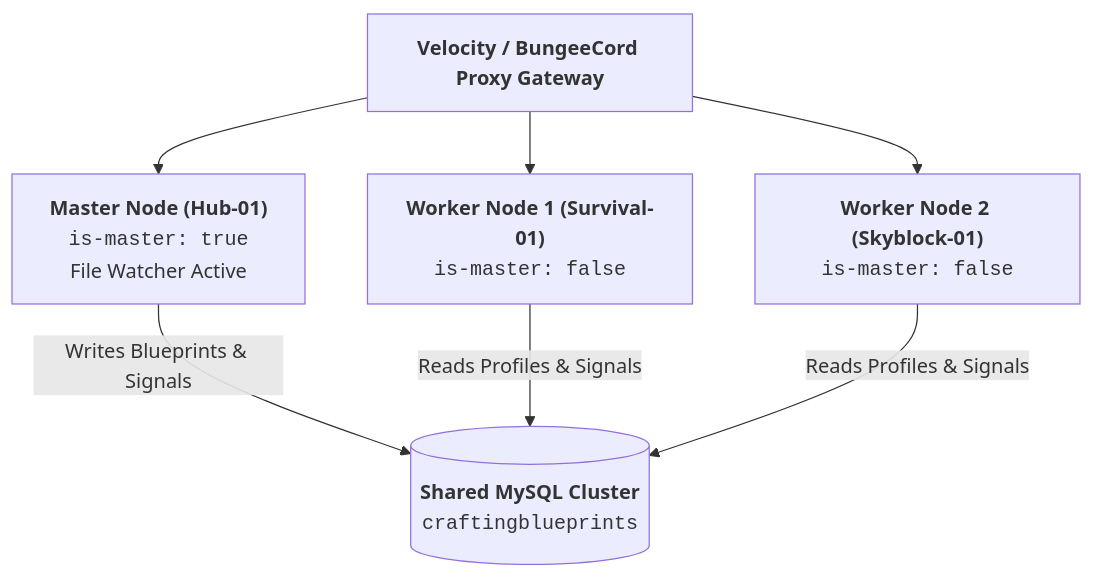
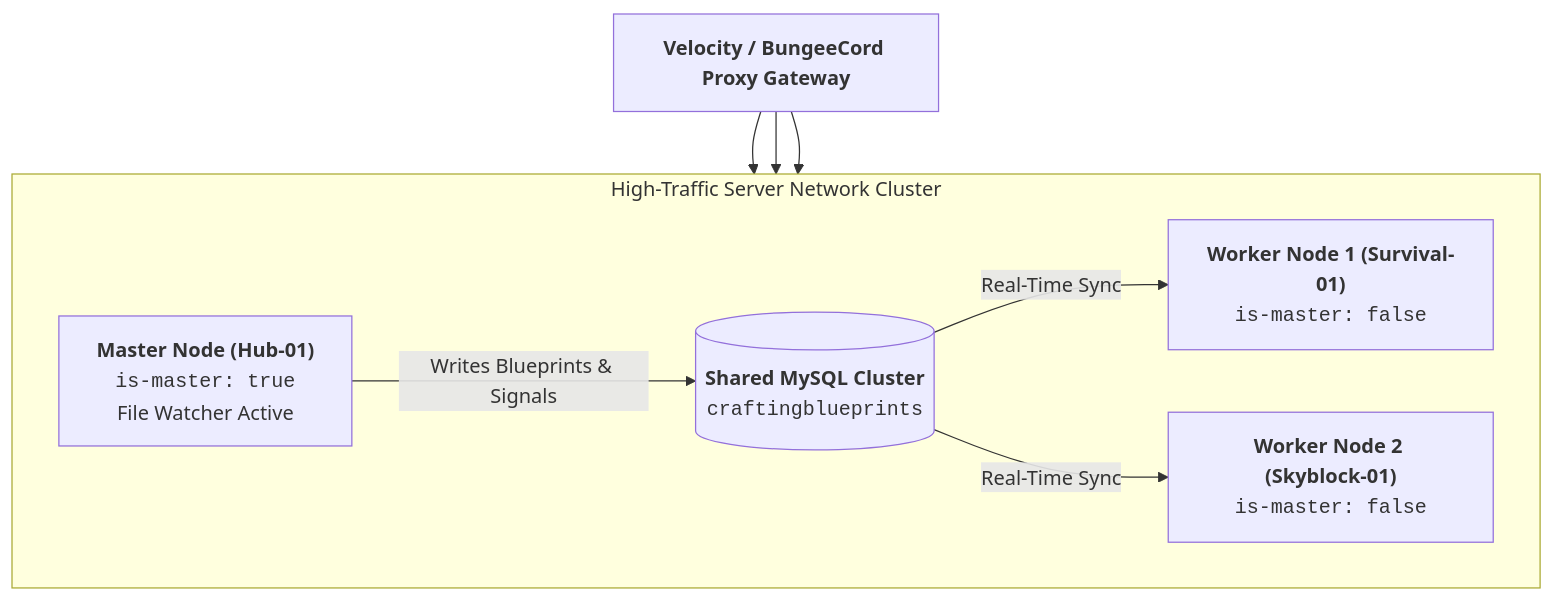
The first of 3 diagrams in docs/storage/mysql-network-sync.md (XZtotal/CraftingBlueprints-Wiki), drawn with Mermaid before and after one commit. The commit also changed 15 other files, not shown here.

Commit message:
style(docs): center diagrams, widen linear flows, reduce font size, and set table padding to 0.5rem

````diff
--- a/docs/storage/mysql-network-sync.md
+++ b/docs/storage/mysql-network-sync.md
@@ -11,13 +11,20 @@
 ```mermaid
 flowchart TD
     Proxy["<b>Velocity / BungeeCord Proxy Gateway</b>"]
-    Hub["<b>Master Node (Hub-01)</b><br/><code>is-master: true</code><br/>File Watcher Active"]
-    Surv["<b>Worker Node 1 (Survival-01)</b><br/><code>is-master: false</code>"]
-    Sky["<b>Worker Node 2 (Skyblock-01)</b><br/><code>is-master: false</code>"]
-    DB[("<b>Shared MySQL Cluster</b><br/><code>craftingblueprints</code>")]
 
-    Proxy --> Hub & Surv & Sky
-    Hub -->|Writes Blueprints &amp; Signals| DB
-    Surv -->|Reads Profiles &amp; Signals| DB
-    Sky -->|Reads Profiles &amp; Signals| DB
+    subgraph Cluster["High-Traffic Server Network Cluster"]
+        direction LR
+        Hub["<b>Master Node (Hub-01)</b><br/><code>is-master: true</code><br/>File Watcher Active"]
+        DB[("<b>Shared MySQL Cluster</b><br/><code>craftingblueprints</code>")]
+        Surv["<b>Worker Node 1 (Survival-01)</b><br/><code>is-master: false</code>"]
+        Sky["<b>Worker Node 2 (Skyblock-01)</b><br/><code>is-master: false</code>"]
+
+        Hub -->|Writes Blueprints &amp; Signals| DB
+        DB -->|Real-Time Sync| Surv
+        DB -->|Real-Time Sync| Sky
+    end
+
+    Proxy --> Hub
+    Proxy --> Surv
+    Proxy --> Sky
 ```
````
